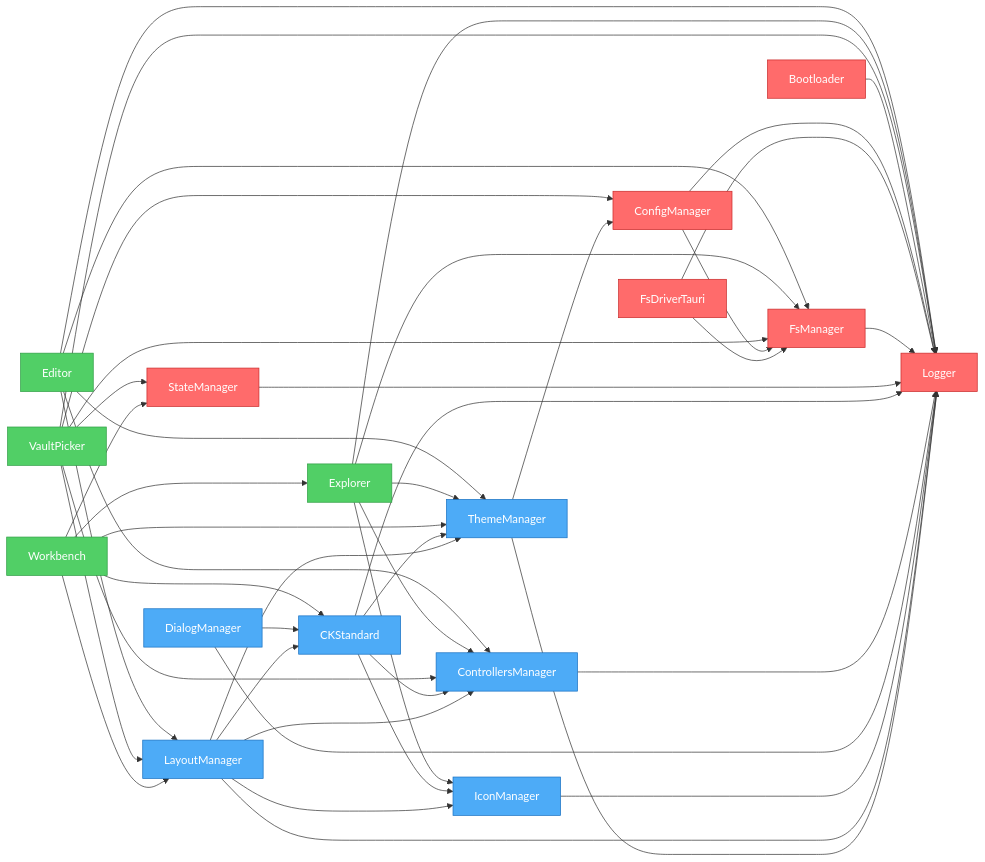
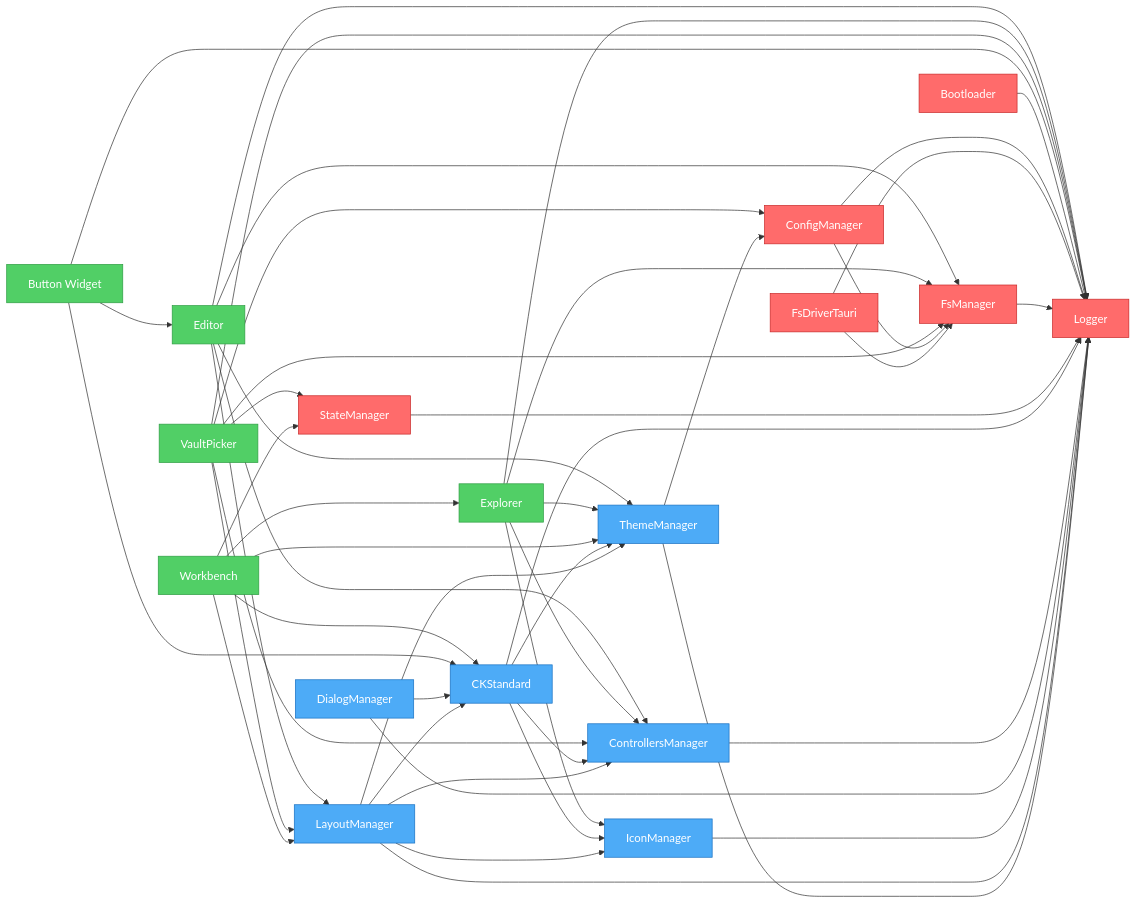
The diagram in artifacts/graph.mmd (khton-tech/notehub.md), drawn with Mermaid before and after one commit. The commit also changed 19 other files, not shown here.

Commit message:
feat: introduce editor feature plugin with portal bridge and button widget

```diff
--- a/artifacts/graph.mmd
+++ b/artifacts/graph.mmd
@@ -1,69 +1,73 @@
 flowchart LR
     nh_features_editor["Editor"]
     nh_features_explorer["Explorer"]
     nh_features_vault-picker["VaultPicker"]
     nh_features_workbench["Workbench"]
+    nh_portals_button-widget["Button Widget"]
     nh_system_bootloader["Bootloader"]
     nh_system_config-manager["ConfigManager"]
     nh_system_fs-driver-tauri["FsDriverTauri"]
+    nh_system_fs-manager["FsManager"]
     nh_system_logger["Logger"]
-    nh_system_fs-manager["FsManager"]
     nh_system_state-manager["StateManager"]
     nh_ui_ck-standard["CKStandard"]
     nh_ui_controllers-manager["ControllersManager"]
     nh_ui_dialog-manager["DialogManager"]
     nh_ui_icon-manager["IconManager"]
     nh_ui_layout-manager["LayoutManager"]
     nh_ui_theme-manager["ThemeManager"]
     nh_features_editor --> nh_system_fs-manager
     nh_features_editor --> nh_system_logger
     nh_features_editor --> nh_ui_theme-manager
     nh_features_editor --> nh_ui_layout-manager
     nh_features_editor --> nh_ui_controllers-manager
     nh_features_explorer --> nh_system_fs-manager
     nh_features_explorer --> nh_system_logger
     nh_features_explorer --> nh_ui_controllers-manager
     nh_features_explorer --> nh_ui_icon-manager
     nh_features_explorer --> nh_ui_theme-manager
     nh_features_vault-picker --> nh_system_fs-manager
     nh_features_vault-picker --> nh_system_config-manager
     nh_features_vault-picker --> nh_system_state-manager
     nh_features_vault-picker --> nh_system_logger
     nh_features_vault-picker --> nh_ui_controllers-manager
     nh_features_vault-picker --> nh_ui_layout-manager
     nh_features_workbench --> nh_ui_layout-manager
     nh_features_workbench --> nh_ui_theme-manager
     nh_features_workbench --> nh_ui_ck-standard
     nh_features_workbench --> nh_system_state-manager
     nh_features_workbench --> nh_features_explorer
+    nh_portals_button-widget --> nh_features_editor
+    nh_portals_button-widget --> nh_system_logger
+    nh_portals_button-widget --> nh_ui_ck-standard
     nh_system_bootloader --> nh_system_logger
     nh_system_config-manager --> nh_system_logger
     nh_system_config-manager --> nh_system_fs-manager
     nh_system_fs-driver-tauri --> nh_system_logger
     nh_system_fs-driver-tauri --> nh_system_fs-manager
     nh_system_fs-manager --> nh_system_logger
     nh_system_state-manager --> nh_system_logger
     nh_ui_ck-standard --> nh_system_logger
     nh_ui_ck-standard --> nh_ui_controllers-manager
     nh_ui_ck-standard --> nh_ui_icon-manager
     nh_ui_ck-standard --> nh_ui_theme-manager
     nh_ui_controllers-manager --> nh_system_logger
     nh_ui_dialog-manager --> nh_system_logger
     nh_ui_dialog-manager --> nh_ui_ck-standard
     nh_ui_icon-manager --> nh_system_logger
     nh_ui_layout-manager --> nh_system_logger
     nh_ui_layout-manager --> nh_ui_theme-manager
     nh_ui_layout-manager --> nh_ui_icon-manager
     nh_ui_layout-manager --> nh_ui_controllers-manager
     nh_ui_layout-manager --> nh_ui_ck-standard
     nh_ui_theme-manager --> nh_system_logger
     nh_ui_theme-manager --> nh_system_config-manager
 
     %% Styles
     classDef system fill:#ff6b6b,stroke:#c92a2a,color:#fff
     classDef ui fill:#4dabf7,stroke:#1971c2,color:#fff
     classDef feature fill:#51cf66,stroke:#2f9e44,color:#fff
-    class nh_features_editor,nh_features_vault-picker feature
+    class nh_features_editor,nh_features_vault-picker,nh_portals_button-widget feature
     class nh_features_explorer,nh_features_workbench feature
-    class nh_system_bootloader,nh_system_config-manager,nh_system_fs-driver-tauri,nh_system_logger,nh_system_fs-manager,nh_system_state-manager system
+    class nh_system_bootloader,nh_system_config-manager,nh_system_fs-driver-tauri,nh_system_fs-manager,nh_system_logger,nh_system_state-manager system
     class nh_ui_ck-standard,nh_ui_controllers-manager,nh_ui_dialog-manager,nh_ui_icon-manager,nh_ui_layout-manager,nh_ui_theme-manager ui
```
